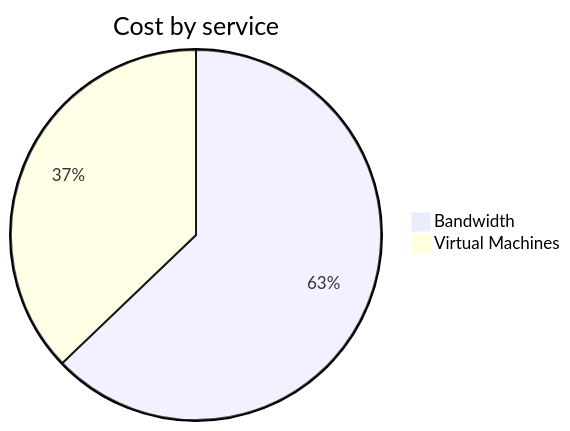
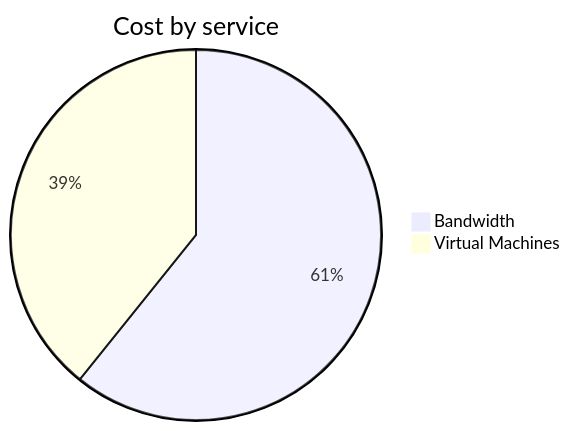
The second of 4 diagrams in cost-reports/personal-network/vpn-server.md (jpfulton/azure-personal-reports), drawn with Mermaid before and after one commit. The commit also changed other lines of this file and 8 other files, not shown here.

````diff
--- a/cost-reports/personal-network/vpn-server.md
+++ b/cost-reports/personal-network/vpn-server.md
@@ -96,6 +96,6 @@
 ```mermaid
 pie
    title Cost by service
    "Bandwidth" : 2.79
-   "Virtual Machines" : 1.65
+   "Virtual Machines" : 1.80
 ```
````
